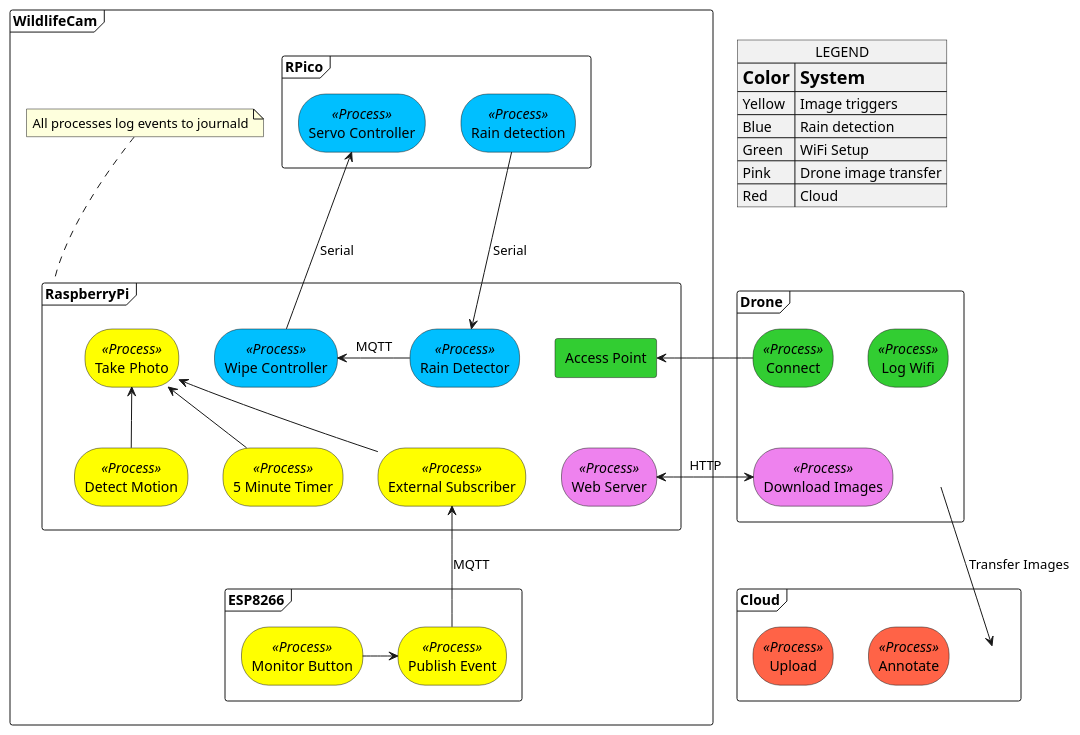
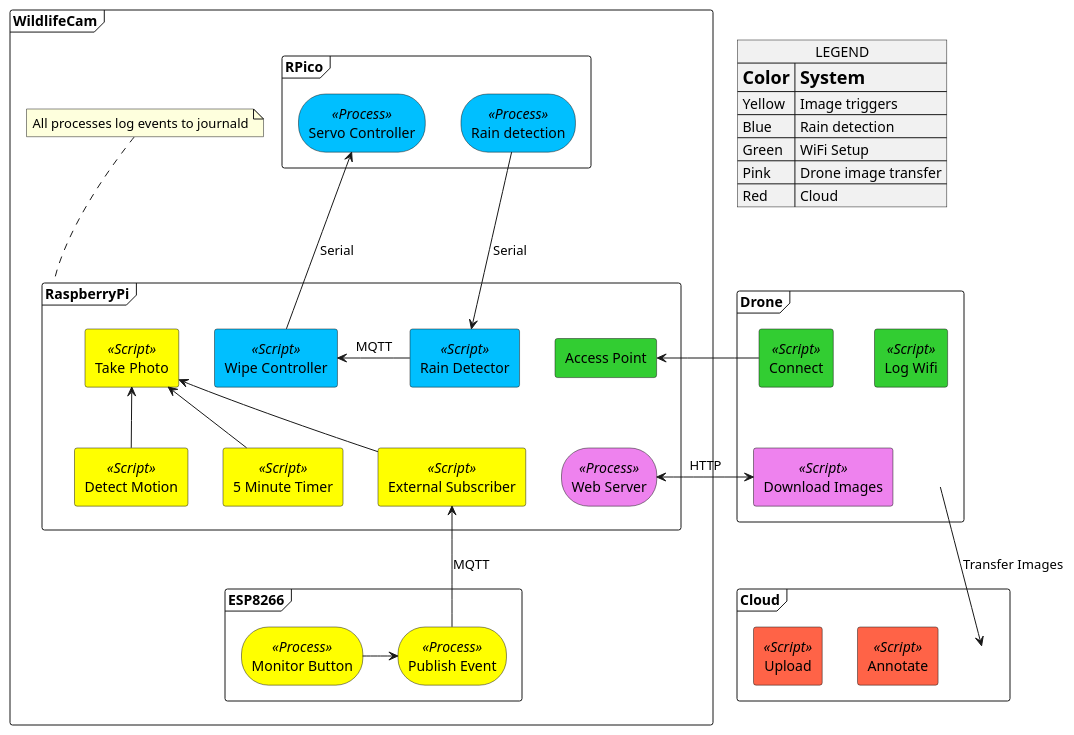
Before and after one commit to AlexanderNorup/emli-wildlife-project: the diagram in diagrams/overview_with_colors.wsd, drawn with PlantUML.

Commit message:
Change <<Process>> to <<Scrtipt>> for scripts

```diff
--- a/diagrams/overview_with_colors.wsd
+++ b/diagrams/overview_with_colors.wsd
@@ -1,90 +1,90 @@
 @startuml Overview_with_colors
 
 skinparam rectangle {
     roundCorner<<Process>> 54
 }
 
 frame WildlifeCam {
 
   frame RaspberryPi {
-    rectangle "Take Photo" <<Process>> as rpiPhoto #yellow
-    rectangle "5 Minute Timer" <<Process>> as rpiTime #yellow
-    rectangle "Detect Motion" <<Process>> as rpiMotion #yellow
-    rectangle "External Subscriber" <<Process>> as rpiExternal #yellow
-    rectangle "Rain Detector" <<Process>> as rpiRain #deepskyblue
-    rectangle "Wipe Controller" <<Process>> as rpiWipe #deepskyblue
+    rectangle "Take Photo" <<Script>> as rpiPhoto #yellow
+    rectangle "5 Minute Timer" <<Script>> as rpiTime #yellow
+    rectangle "Detect Motion" <<Script>> as rpiMotion #yellow
+    rectangle "External Subscriber" <<Script>> as rpiExternal #yellow
+    rectangle "Rain Detector" <<Script>> as rpiRain #deepskyblue
+    rectangle "Wipe Controller" <<Script>> as rpiWipe #deepskyblue
     rectangle "Access Point" as rpiAcc #limegreen
     rectangle "Web Server" <<Process>> as rpiWeb #violet
   }
   note top of RaspberryPi: All processes log events to journald
   
   frame ESP8266 {
     rectangle "Monitor Button" <<Process>> as espTrig #yellow
     rectangle "Publish Event" <<Process>> as espPublish #yellow
   }
   
   frame RPico {
     rectangle "Rain detection" <<Process>> as pcDetect #deepskyblue
     rectangle "Servo Controller" <<Process>> as pcWipe #deepskyblue
   }
 
 }
 
 frame Drone {
   label " " as droneLabel
-  rectangle "Connect" <<Process>> as dConnect #limegreen
-  rectangle "Download Images" <<Process>> as dSync #violet
-  rectangle "Log Wifi" <<Process>> as dLogWifi #limegreen
+  rectangle "Connect" <<Script>> as dConnect #limegreen
+  rectangle "Download Images" <<Script>> as dSync #violet
+  rectangle "Log Wifi" <<Script>> as dLogWifi #limegreen
 }
 
 frame Cloud {
   label " " as cloudLabel
-  rectangle "Annotate" <<Process>> as cAnn #tomato
-  rectangle "Upload" <<Process>> as cUp #tomato
+  rectangle "Annotate" <<Script>> as cAnn #tomato
+  rectangle "Upload" <<Script>> as cUp #tomato
 }
 
 json LEGEND {
   "<size:18>**Color**": "<size:18>**System**",
   "Yellow": "Image triggers",
   "Blue": "Rain detection",
   "Green": "WiFi Setup",
   "Pink": "Drone image transfer",
   "Red": "Cloud"
 }
 
 
 pcDetect -d-> rpiRain : Serial
 rpiRain -> rpiWipe : MQTT
 rpiWipe -u-> pcWipe : Serial
 
 rpiTime -u-> rpiPhoto
 rpiMotion -u-> rpiPhoto
 rpiExternal -u-> rpiPhoto
 
 espTrig -> espPublish
 espPublish -u-> rpiExternal : MQTT
 
 dConnect -> rpiAcc
 dSync <-> rpiWeb : HTTP
 
 droneLabel -d-> cloudLabel : "Transfer Images"
 
 'placement stuff'
 
 rpiMotion -[hidden]right-> rpiExternal
 rpiTime -[hidden]right-> rpiExternal
 
 rpiWeb -[hidden]r-> rpiTime
 rpiAcc -[hidden]d-> rpiWeb
 dSync -[hidden]u-> dConnect
 
 rpiAcc -[hidden]l-> rpiRain
 rpiAcc -[hidden]l-> rpiWipe
 rpiAcc -[hidden]l-> rpiPhoto
 
 cloudLabel -[hidden]l-> cAnn
 droneLabel -[hidden]u-> dLogWifi
 droneLabel -[hidden]l-> dSync
 
 
 @enduml
```
